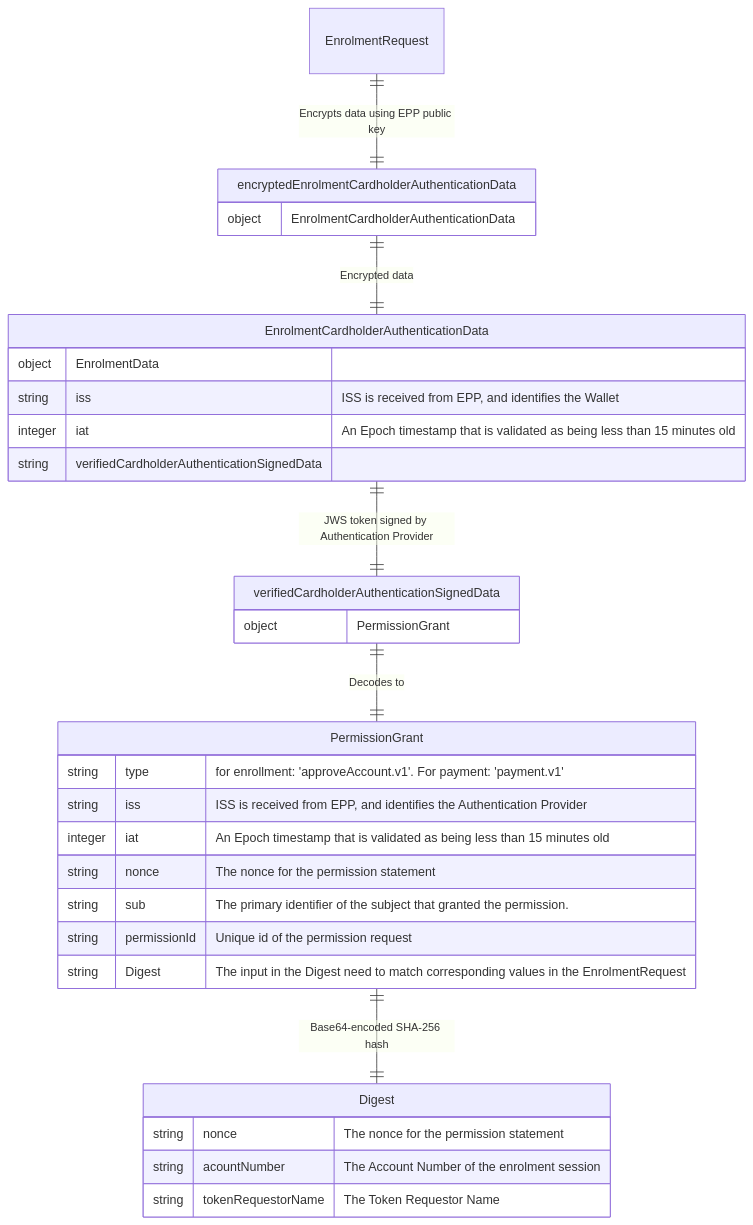
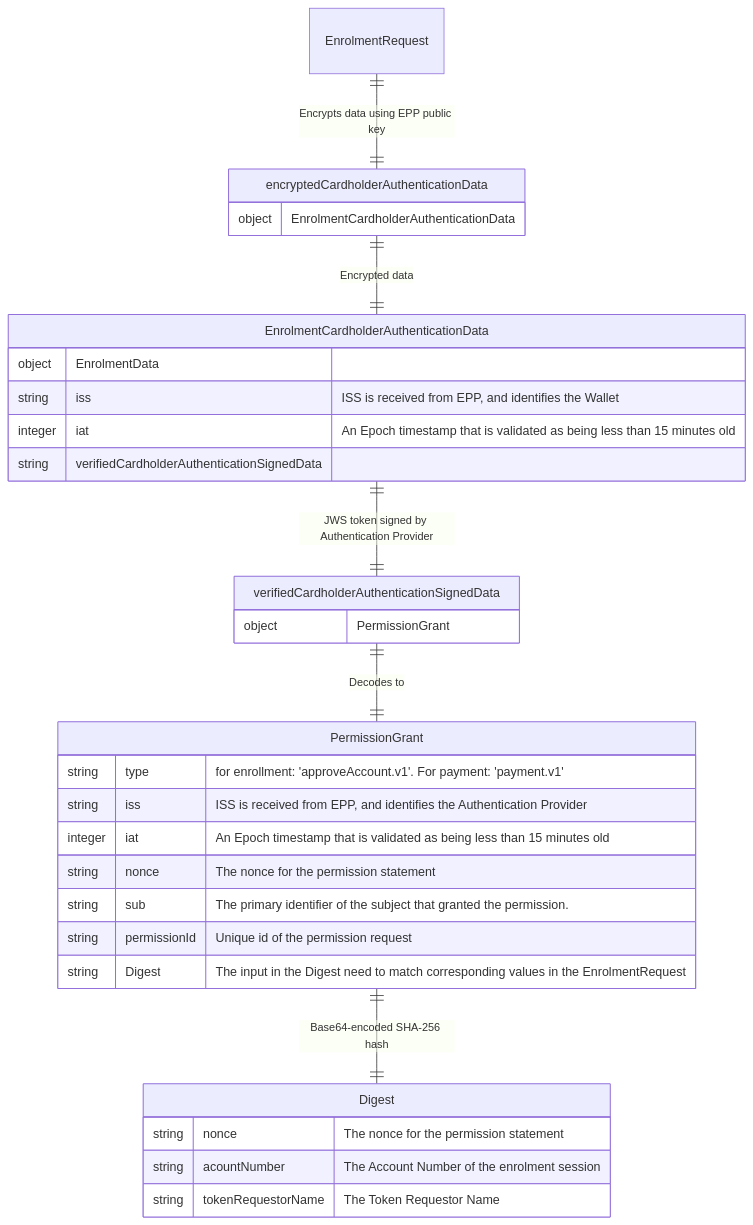
The fourth of 7 diagrams in docs/authentication_interoperability.md (BankAxept/bankaxept-epayment-development-kit), drawn with Mermaid before and after one commit. The commit also changed other lines of this file and 3 other files, not shown here.

````diff
--- a/docs/authentication_interoperability.md
+++ b/docs/authentication_interoperability.md
@@ -124,48 +152,48 @@
 ```mermaid
 %%{init: {
   "theme": "default",
   "themeCSS": [
     ".er.relationshipLabel { fill: black; }", 
     ".er.relationshipLabelBox { fill: white; }", 
     ".er.entityBox { fill: lightgray; }",
     "[id^=entity-EnrolmentRequest] .er.entityBox { fill: lightgreen;} ",
     "[id^=entity-encryptedEnrolmentCardholderAuthenticationData] .er.entityBox { fill: lightgreen;} ",
     "[id^=entity-EnrolmentCardholderAuthenticationData] .er.entityBox { fill: lightgreen;} ",
     "[id^=entity-verifiedCardholderAuthenticationSignedData] .er.entityBox { fill: powderblue;} ",
     "[id^=entity-PermissionGrant] .er.entityBox { fill: powderblue;} ",
     "[id^=entity-Digest] .er.entityBox { fill: powderblue;} "
     ]
 }}%%
 erDiagram
-    EnrolmentRequest ||--|| encryptedEnrolmentCardholderAuthenticationData : "Encrypts data using EPP public key"
-    encryptedEnrolmentCardholderAuthenticationData {
+    EnrolmentRequest ||--|| encryptedCardholderAuthenticationData: "Encrypts data using EPP public key"
+    encryptedCardholderAuthenticationData {
         object EnrolmentCardholderAuthenticationData
-        
     }
-    encryptedEnrolmentCardholderAuthenticationData ||--|| EnrolmentCardholderAuthenticationData : "Encrypted data"
-    EnrolmentCardholderAuthenticationData ||--|| verifiedCardholderAuthenticationSignedData : "JWS token signed by Authentication Provider"
+    encryptedCardholderAuthenticationData ||--|| EnrolmentCardholderAuthenticationData: "Encrypted data"
+    EnrolmentCardholderAuthenticationData ||--|| verifiedCardholderAuthenticationSignedData: "JWS token signed by Authentication Provider"
     EnrolmentCardholderAuthenticationData {
         object EnrolmentData
         string iss "ISS is received from EPP, and identifies the Wallet"
         integer iat "An Epoch timestamp that is validated as being less than 15 minutes old"
         string verifiedCardholderAuthenticationSignedData
     }
     verifiedCardholderAuthenticationSignedData {
         object PermissionGrant
     }
-    verifiedCardholderAuthenticationSignedData ||--|| PermissionGrant : "Decodes to"
-    PermissionGrant ||--|| Digest : "Base64-encoded SHA-256 hash"
+    verifiedCardholderAuthenticationSignedData ||--|| PermissionGrant: "Decodes to"
+    PermissionGrant ||--|| Digest: "Base64-encoded SHA-256 hash"
     PermissionGrant {
         string type "for enrollment: 'approveAccount.v1'. For payment: 'payment.v1'"
         string iss "ISS is received from EPP, and identifies the Authentication Provider"
         integer iat "An Epoch timestamp that is validated as being less than 15 minutes old"
         string nonce "The nonce for the permission statement"
         string sub "The primary identifier of the subject that granted the permission."
         string permissionId "Unique id of the permission request"
-        string Digest "The input in the Digest need to match corresponding values in the EnrolmentRequest"    }
+        string Digest "The input in the Digest need to match corresponding values in the EnrolmentRequest"
+    }
     Digest {
-      string nonce "The nonce for the permission statement"
-      string acountNumber "The Account Number of the enrolment session"
-      string tokenRequestorName "The Token Requestor Name"
+        string nonce "The nonce for the permission statement"
+        string acountNumber "The Account Number of the enrolment session"
+        string tokenRequestorName "The Token Requestor Name"
     }
 ```
````
